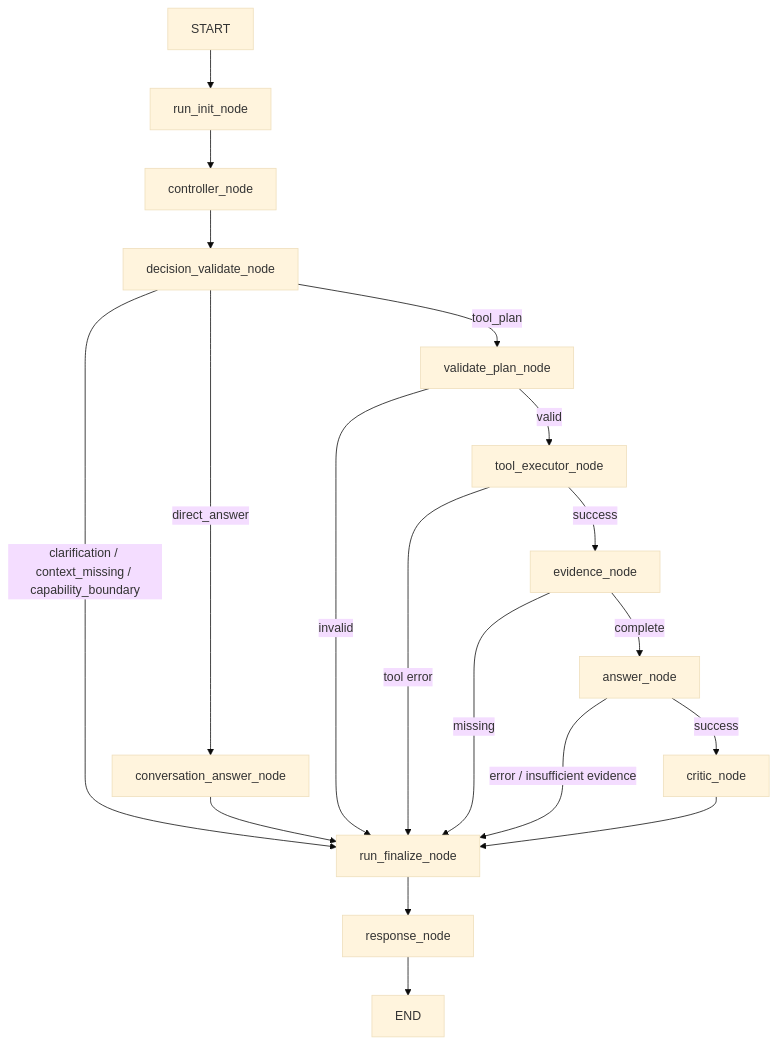
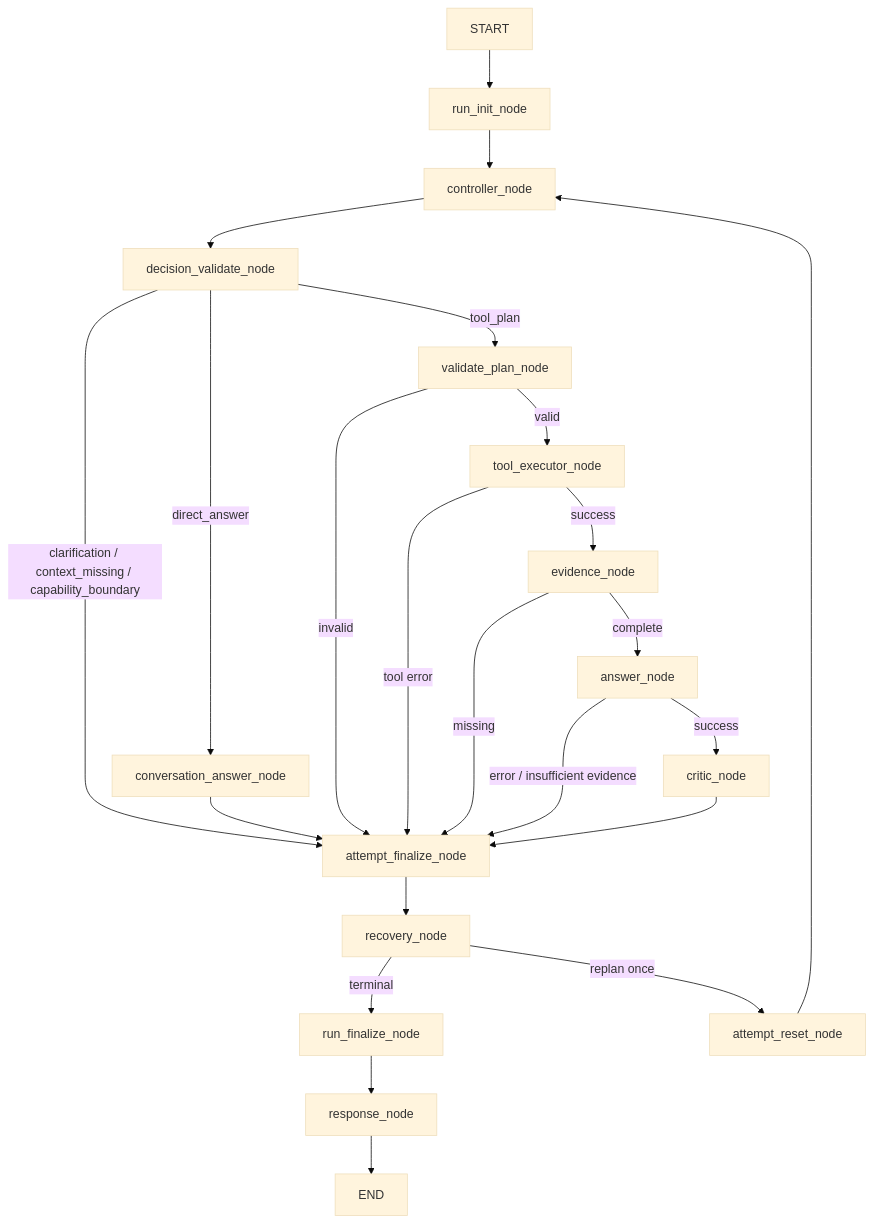
The diagram in docs/design/architecture/DotaMind_V3_node_tool_edge_inventory.md (Philip23333/DotaMind), drawn with Mermaid (base theme) before and after one commit. The commit also changed other lines of this file and 40 other files, not shown here.

First line of the commit message:
feat(agentic): V3.2-3 有界缺证 Recovery/Replan

````diff
--- a/docs/design/architecture/DotaMind_V3_node_tool_edge_inventory.md
+++ b/docs/design/architecture/DotaMind_V3_node_tool_edge_inventory.md
@@ -11,21 +11,25 @@
 ```mermaid
 flowchart TD
     Start["START"] --> RunInit["run_init_node"]
     RunInit --> Controller["controller_node"]
     Controller --> DecisionValidate["decision_validate_node"]
     DecisionValidate -->|"direct_answer"| Conversation["conversation_answer_node"]
-    DecisionValidate -->|"clarification / context_missing / capability_boundary"| RunFinalize["run_finalize_node"]
+    DecisionValidate -->|"clarification / context_missing / capability_boundary"| AttemptFinalize["attempt_finalize_node"]
     DecisionValidate -->|"tool_plan"| Validate["validate_plan_node"]
-    Conversation --> RunFinalize
+    Conversation --> AttemptFinalize
     Validate -->|"valid"| Tools["tool_executor_node"]
-    Validate -->|"invalid"| RunFinalize
+    Validate -->|"invalid"| AttemptFinalize
     Tools -->|"success"| Evidence["evidence_node"]
-    Tools -->|"tool error"| RunFinalize
+    Tools -->|"tool error"| AttemptFinalize
     Evidence -->|"complete"| Answer["answer_node"]
-    Evidence -->|"missing"| RunFinalize
+    Evidence -->|"missing"| AttemptFinalize
     Answer -->|"success"| Critic["critic_node"]
-    Answer -->|"error / insufficient evidence"| RunFinalize
-    Critic --> RunFinalize
+    Answer -->|"error / insufficient evidence"| AttemptFinalize
+    Critic --> AttemptFinalize
+    AttemptFinalize --> Recovery["recovery_node"]
+    Recovery -->|"terminal"| RunFinalize["run_finalize_node"]
+    Recovery -->|"replan once"| AttemptReset["attempt_reset_node"]
+    AttemptReset --> Controller
     RunFinalize --> Response["response_node"]
     Response --> End["END"]
 ```
````
